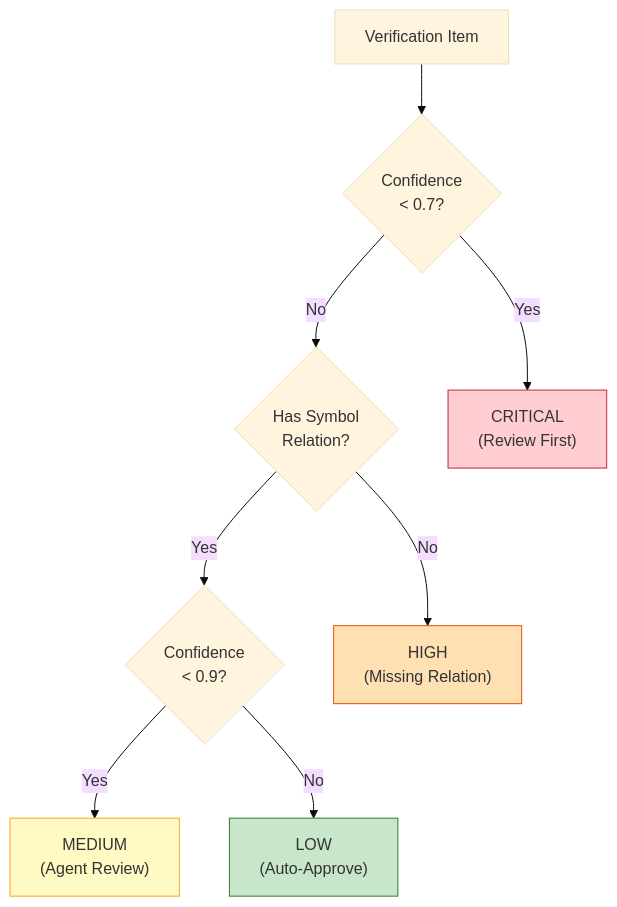
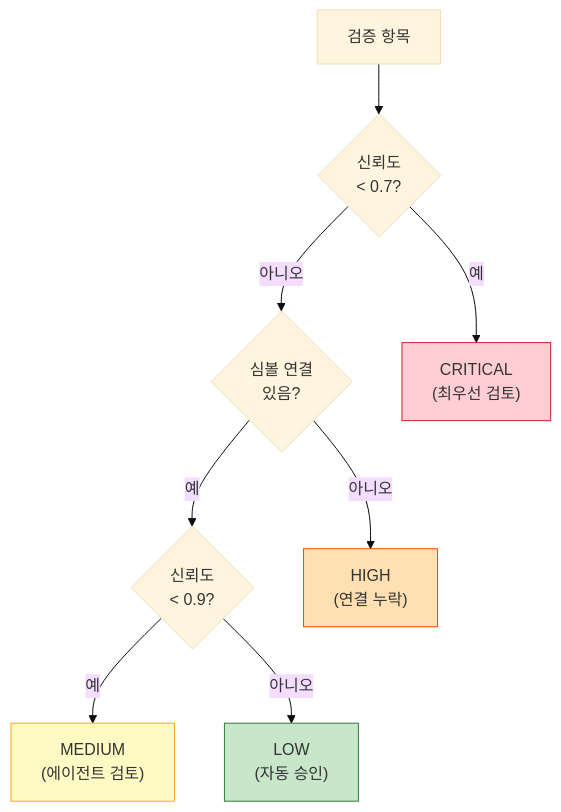
Before and after one commit to uprootai/AX_OCR: the first of 2 diagrams in docs-site/docs/agent-verification/three-level-architecture.md, drawn with Mermaid (base theme). The commit also changed other lines of this file and 64 other files, not shown here.

````diff
--- a/docs-site/docs/agent-verification/three-level-architecture.md
+++ b/docs-site/docs/agent-verification/three-level-architecture.md
@@ -72,26 +72,26 @@
 ```mermaid
 flowchart TD
-    Item["Verification Item"]
+    Item["검증 항목"]
 
-    CheckConf{"Confidence\n< 0.7?"}
-    CheckRelation{"Has Symbol\nRelation?"}
-    CheckMedium{"Confidence\n< 0.9?"}
+    CheckConf{"신뢰도\n< 0.7?"}
+    CheckRelation{"심볼 연결\n있음?"}
+    CheckMedium{"신뢰도\n< 0.9?"}
 
-    Critical["CRITICAL\n(Review First)"]
-    High["HIGH\n(Missing Relation)"]
-    Medium["MEDIUM\n(Agent Review)"]
-    Low["LOW\n(Auto-Approve)"]
+    Critical["CRITICAL\n(최우선 검토)"]
+    High["HIGH\n(연결 누락)"]
+    Medium["MEDIUM\n(에이전트 검토)"]
+    Low["LOW\n(자동 승인)"]
 
     Item --> CheckConf
-    CheckConf -->|"Yes"| Critical
-    CheckConf -->|"No"| CheckRelation
-    CheckRelation -->|"No"| High
-    CheckRelation -->|"Yes"| CheckMedium
-    CheckMedium -->|"Yes"| Medium
-    CheckMedium -->|"No"| Low
+    CheckConf -->|"예"| Critical
+    CheckConf -->|"아니오"| CheckRelation
+    CheckRelation -->|"아니오"| High
+    CheckRelation -->|"예"| CheckMedium
+    CheckMedium -->|"예"| Medium
+    CheckMedium -->|"아니오"| Low
 
     style Critical fill:#ffcdd2,stroke:#c62828
     style High fill:#ffe0b2,stroke:#e65100
     style Medium fill:#fff9c4,stroke:#f9a825
     style Low fill:#c8e6c9,stroke:#2e7d32
 ```
````
